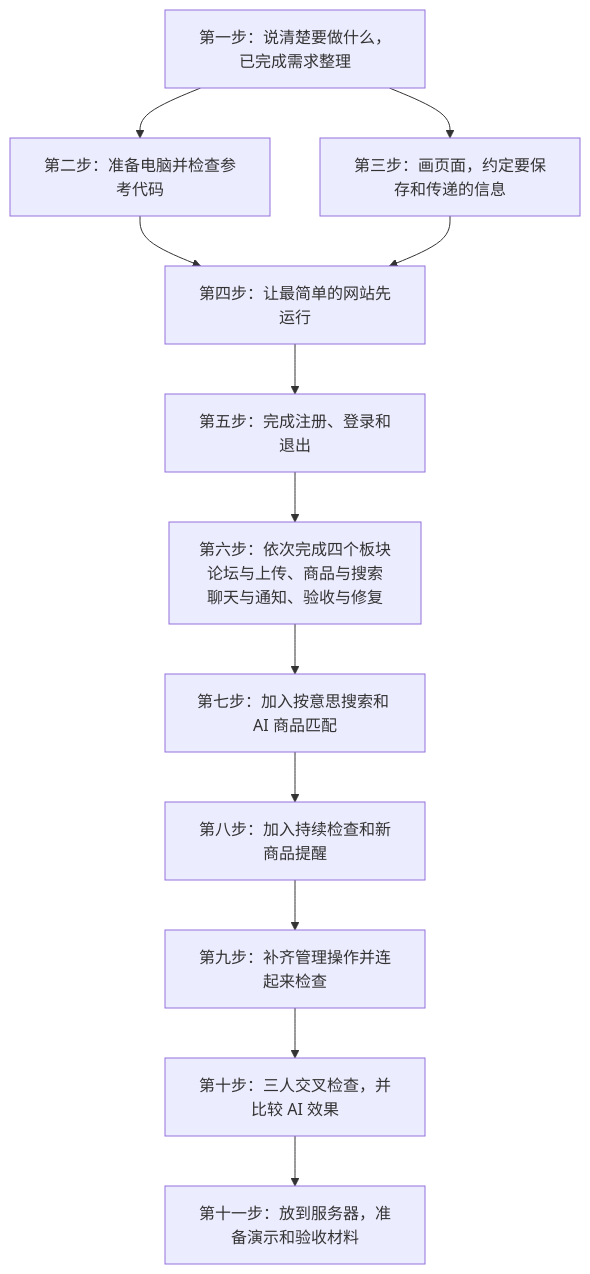
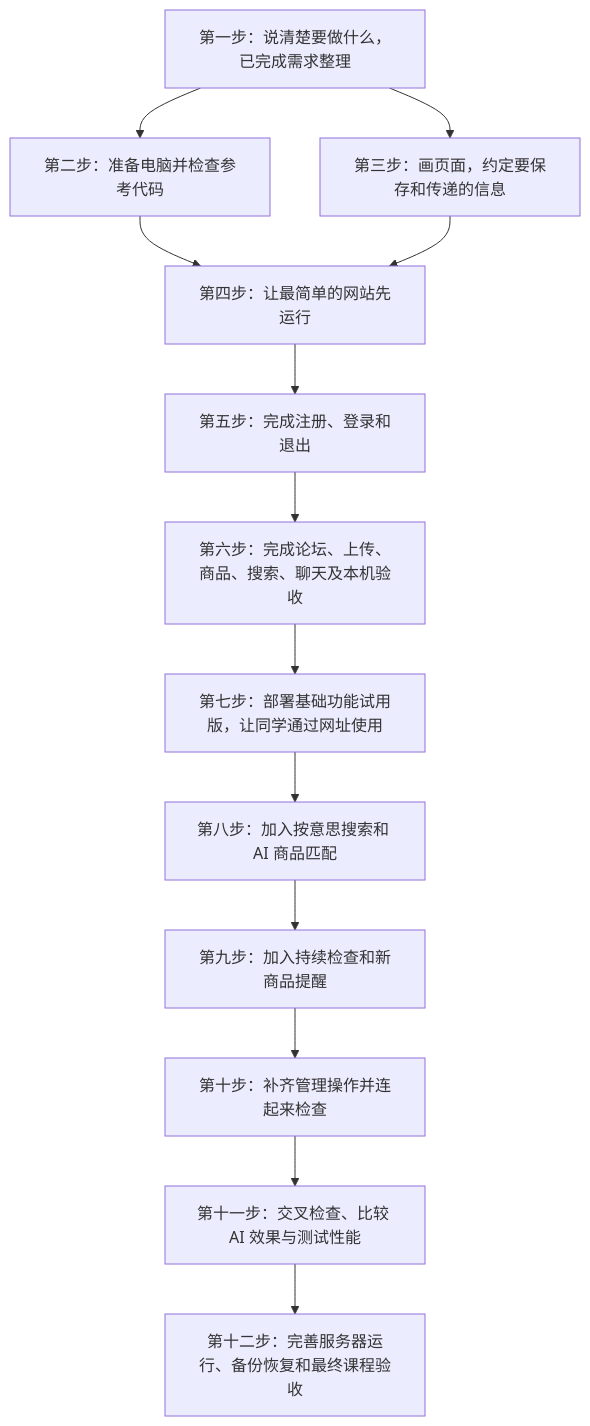
One commit to Feli-res/byr_program changed the second of 2 diagrams in 邮智汇_程设项目计划书.md. Above: the diagram before and after it, drawn with Mermaid. The commit also changed other lines of this file and 39 other files, not shown here.

````diff
--- a/邮智汇_程设项目计划书.md
+++ b/邮智汇_程设项目计划书.md
@@ -140,14 +144,15 @@
 ```mermaid
 flowchart TD
     P1["第一步：说清楚要做什么，已完成需求整理"] --> P2["第二步：准备电脑并检查参考代码"]
     P1 --> P3["第三步：画页面，约定要保存和传递的信息"]
     P2 --> P4["第四步：让最简单的网站先运行"]
     P3 --> P4
     P4 --> P5["第五步：完成注册、登录和退出"]
-    P5 --> P6["第六步：依次完成四个板块<br/>论坛与上传、商品与搜索<br/>聊天与通知、验收与修复"]
-    P6 --> P7["第七步：加入按意思搜索和 AI 商品匹配"]
-    P7 --> P8["第八步：加入持续检查和新商品提醒"]
-    P8 --> P9["第九步：补齐管理操作并连起来检查"]
-    P9 --> P10["第十步：三人交叉检查，并比较 AI 效果"]
-    P10 --> P11["第十一步：放到服务器，准备演示和验收材料"]
+    P5 --> P6["第六步：完成论坛、上传、商品、搜索、聊天及本机验收"]
+    P6 --> P7["第七步：部署基础功能试用版，让同学通过网址使用"]
+    P7 --> P8["第八步：加入按意思搜索和 AI 商品匹配"]
+    P8 --> P9["第九步：加入持续检查和新商品提醒"]
+    P9 --> P10["第十步：补齐管理操作并连起来检查"]
+    P10 --> P11["第十一步：交叉检查、比较 AI 效果与测试性能"]
+    P11 --> P12["第十二步：完善服务器运行、备份恢复和最终课程验收"]
 ```
````
